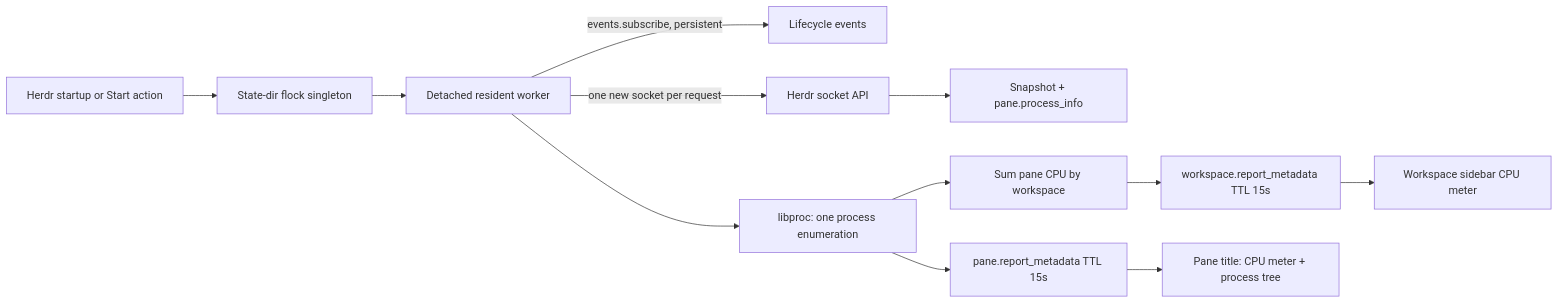
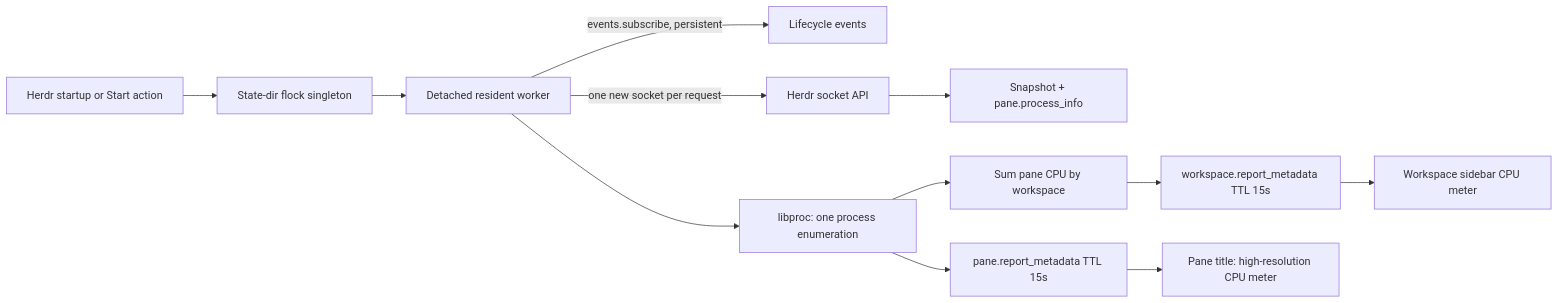
One commit to unphased/vim-config changed the diagram in herdr-plugins/pane-load/README.md. Above: the diagram before and after it, drawn with Mermaid. The commit also changed other lines of this file and 2 other files, not shown here.

First line of the commit message:
Wire high-resolution pane and compact workspace CPU bars

````diff
--- a/herdr-plugins/pane-load/README.md
+++ b/herdr-plugins/pane-load/README.md
@@ -9,14 +9,14 @@
 ```mermaid
 flowchart LR
   Start[Herdr startup or Start action] --> Lock[State-dir flock singleton]
   Lock --> Worker[Detached resident worker]
   Worker -->|events.subscribe, persistent| Events[Lifecycle events]
   Worker -->|one new socket per request| API[Herdr socket API]
   API --> Snapshot[Snapshot + pane.process_info]
   Worker --> Libproc[libproc: one process enumeration]
   Libproc --> PaneMetadata[pane.report_metadata TTL 15s]
   Libproc --> Aggregate[Sum pane CPU by workspace]
   Aggregate --> WorkspaceMetadata[workspace.report_metadata TTL 15s]
-  PaneMetadata --> Chrome[Pane title: CPU meter + process tree]
+  PaneMetadata --> Chrome[Pane title: high-resolution CPU meter]
   WorkspaceMetadata --> Sidebar[Workspace sidebar CPU meter]
 ```
````
